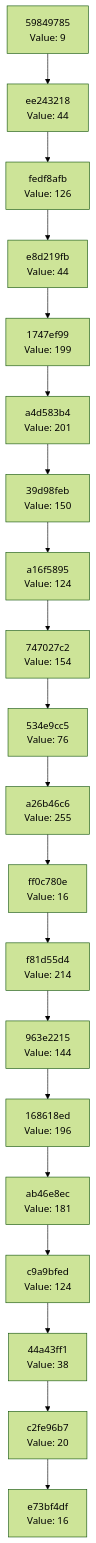
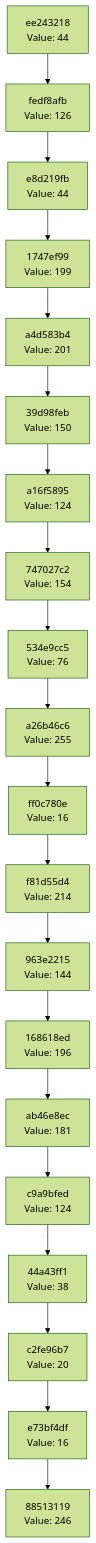
One commit to Abhisheksinha1506/hash-chain-evolver changed the diagram in docs/CHAIN_VISUALIZATION.md. Above: the diagram before and after it, drawn with Mermaid (forest theme). The commit also changed 2 other files, not shown here.

Commit message:
Evolution step: hash 0xF6 → action executed

````diff
--- a/docs/CHAIN_VISUALIZATION.md
+++ b/docs/CHAIN_VISUALIZATION.md
@@ -3,42 +3,42 @@
 ```mermaid
 graph TD
-    C0["e73bf4df<br/>Value: 16"]
-    C1["c2fe96b7<br/>Value: 20"]
+    C0["88513119<br/>Value: 246"]
+    C1["e73bf4df<br/>Value: 16"]
     C1 --> C0
-    C2["44a43ff1<br/>Value: 38"]
+    C2["c2fe96b7<br/>Value: 20"]
     C2 --> C1
-    C3["c9a9bfed<br/>Value: 124"]
+    C3["44a43ff1<br/>Value: 38"]
     C3 --> C2
-    C4["ab46e8ec<br/>Value: 181"]
+    C4["c9a9bfed<br/>Value: 124"]
     C4 --> C3
-    C5["168618ed<br/>Value: 196"]
+    C5["ab46e8ec<br/>Value: 181"]
     C5 --> C4
-    C6["963e2215<br/>Value: 144"]
+    C6["168618ed<br/>Value: 196"]
     C6 --> C5
-    C7["f81d55d4<br/>Value: 214"]
+    C7["963e2215<br/>Value: 144"]
     C7 --> C6
-    C8["ff0c780e<br/>Value: 16"]
+    C8["f81d55d4<br/>Value: 214"]
     C8 --> C7
-    C9["a26b46c6<br/>Value: 255"]
+    C9["ff0c780e<br/>Value: 16"]
     C9 --> C8
-    C10["534e9cc5<br/>Value: 76"]
+    C10["a26b46c6<br/>Value: 255"]
     C10 --> C9
-    C11["747027c2<br/>Value: 154"]
+    C11["534e9cc5<br/>Value: 76"]
     C11 --> C10
-    C12["a16f5895<br/>Value: 124"]
+    C12["747027c2<br/>Value: 154"]
     C12 --> C11
-    C13["39d98feb<br/>Value: 150"]
+    C13["a16f5895<br/>Value: 124"]
     C13 --> C12
-    C14["a4d583b4<br/>Value: 201"]
+    C14["39d98feb<br/>Value: 150"]
     C14 --> C13
-    C15["1747ef99<br/>Value: 199"]
+    C15["a4d583b4<br/>Value: 201"]
     C15 --> C14
-    C16["e8d219fb<br/>Value: 44"]
+    C16["1747ef99<br/>Value: 199"]
     C16 --> C15
-    C17["fedf8afb<br/>Value: 126"]
+    C17["e8d219fb<br/>Value: 44"]
     C17 --> C16
-    C18["ee243218<br/>Value: 44"]
+    C18["fedf8afb<br/>Value: 126"]
     C18 --> C17
-    C19["59849785<br/>Value: 9"]
+    C19["ee243218<br/>Value: 44"]
     C19 --> C18
 ```
````
